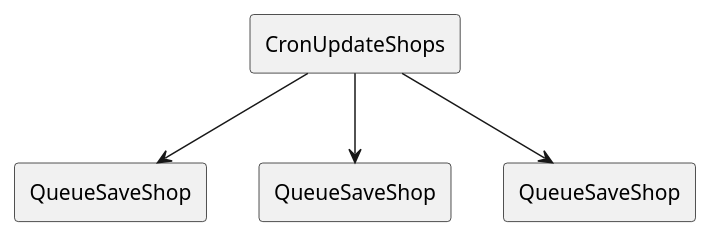
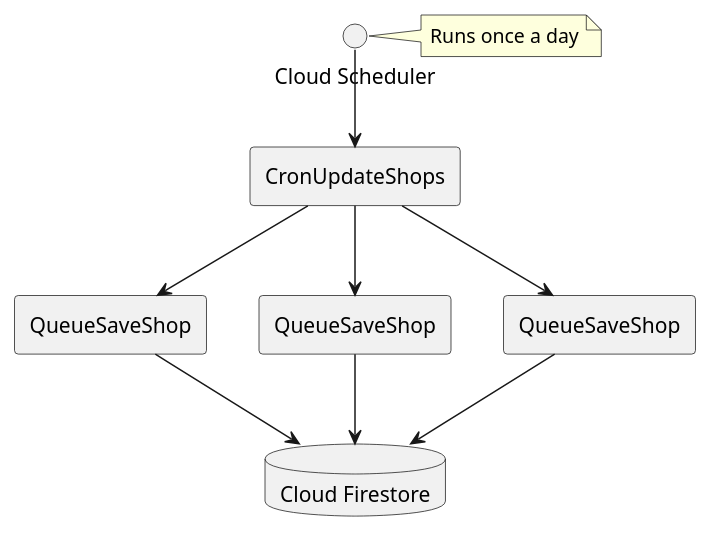
The diagram in function/_img/overview.puml (sue445/primap), drawn with PlantUML before and after one commit.

Commit message:
Tweak overview

```diff
--- a/function/_img/overview.puml
+++ b/function/_img/overview.puml
@@ -1,10 +1,18 @@
 @startuml
+interface "Cloud Scheduler" as CloudScheduler
+note right of CloudScheduler : Runs once a day
+
 agent CronUpdateShops
 agent QueueSaveShop as QueueSaveShop1
 agent QueueSaveShop as QueueSaveShop2
 agent QueueSaveShop as QueueSaveShop3
+database "Cloud Firestore" as CloudFirestore
 
+CloudScheduler -down-> CronUpdateShops
 CronUpdateShops -down-> QueueSaveShop1
 CronUpdateShops -down-> QueueSaveShop2
 CronUpdateShops -down-> QueueSaveShop3
+QueueSaveShop1 -down-> CloudFirestore
+QueueSaveShop2 -down-> CloudFirestore
+QueueSaveShop3 -down-> CloudFirestore
 @enduml
```
